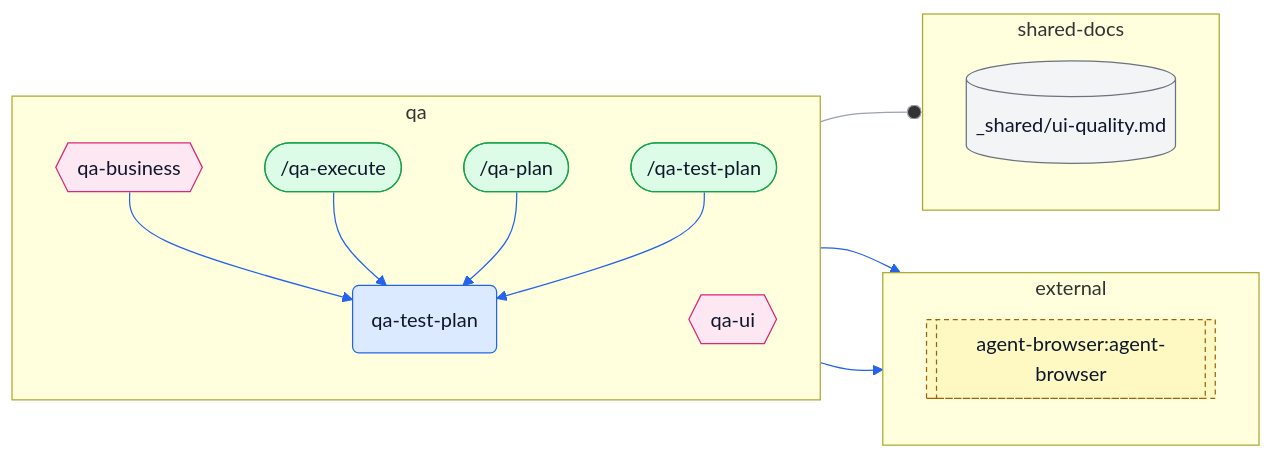
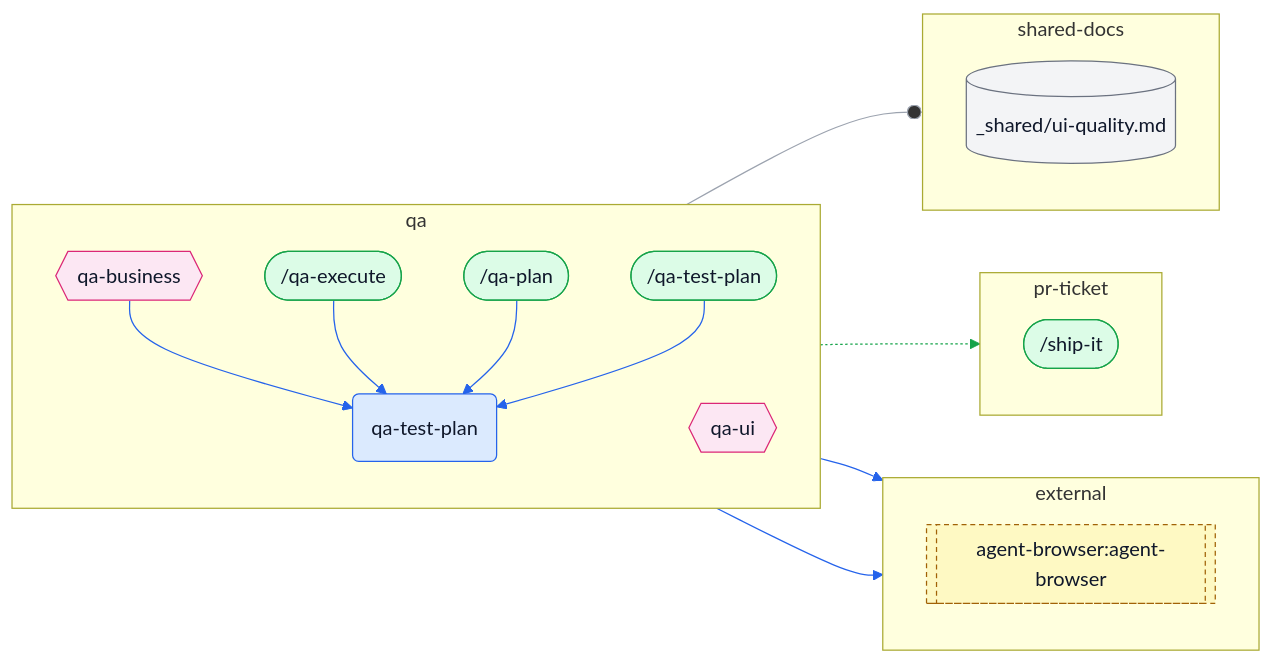
Before and after one commit to ybarsotti/dotfiles: the sixth of 10 diagrams in docs/skills-map.md, drawn with Mermaid. The commit also changed other lines of this file and 32 other files, not shown here.

````diff
--- a/docs/skills-map.md
+++ b/docs/skills-map.md
@@ -538,40 +687,46 @@
 ```mermaid
 flowchart LR
   subgraph cl_external["external"]
     direction TB
     x_agent_browser_agent_browser[["agent-browser:agent-browser"]]:::external
+  end
+  subgraph cl_pr_ticket["pr-ticket"]
+    direction TB
+    c_ship_it(["/ship-it"]):::command
   end
   subgraph cl_qa["qa"]
     direction TB
     c_qa_execute(["/qa-execute"]):::command
     c_qa_plan(["/qa-plan"]):::command
     c_qa_test_plan(["/qa-test-plan"]):::command
     s_qa_test_plan("qa-test-plan"):::skill
     a_qa_business{{"qa-business"}}:::agent
     a_qa_ui{{"qa-ui"}}:::agent
   end
   subgraph cl_shared_docs["shared-docs"]
     direction TB
     d_ui_quality[("_shared/ui-quality.md")]:::shared
   end
   a_qa_business --> s_qa_test_plan
   a_qa_business --> x_agent_browser_agent_browser
+  a_qa_ui -.-> c_ship_it
   a_qa_ui --o d_ui_quality
   a_qa_ui --> x_agent_browser_agent_browser
   c_qa_execute --> s_qa_test_plan
   c_qa_plan --> s_qa_test_plan
   c_qa_test_plan --> s_qa_test_plan
   linkStyle 0 stroke:#2563eb
   linkStyle 1 stroke:#2563eb
-  linkStyle 2 stroke:#9ca3af
-  linkStyle 3 stroke:#2563eb
+  linkStyle 2 stroke:#16a34a
+  linkStyle 3 stroke:#9ca3af
   linkStyle 4 stroke:#2563eb
   linkStyle 5 stroke:#2563eb
   linkStyle 6 stroke:#2563eb
+  linkStyle 7 stroke:#2563eb
   classDef skill fill:#dbeafe,stroke:#2563eb,color:#0f172a
   classDef command fill:#dcfce7,stroke:#16a34a,color:#0f172a
   classDef agent fill:#fce7f3,stroke:#db2777,color:#0f172a
   classDef shared fill:#f3f4f6,stroke:#6b7280,color:#0f172a
   classDef external fill:#fef9c3,stroke:#a16207,color:#0f172a,stroke-dasharray:4 3
   classDef step fill:#ffffff,stroke:#6b7280,color:#0f172a,stroke-dasharray:2 2
 ```
````
